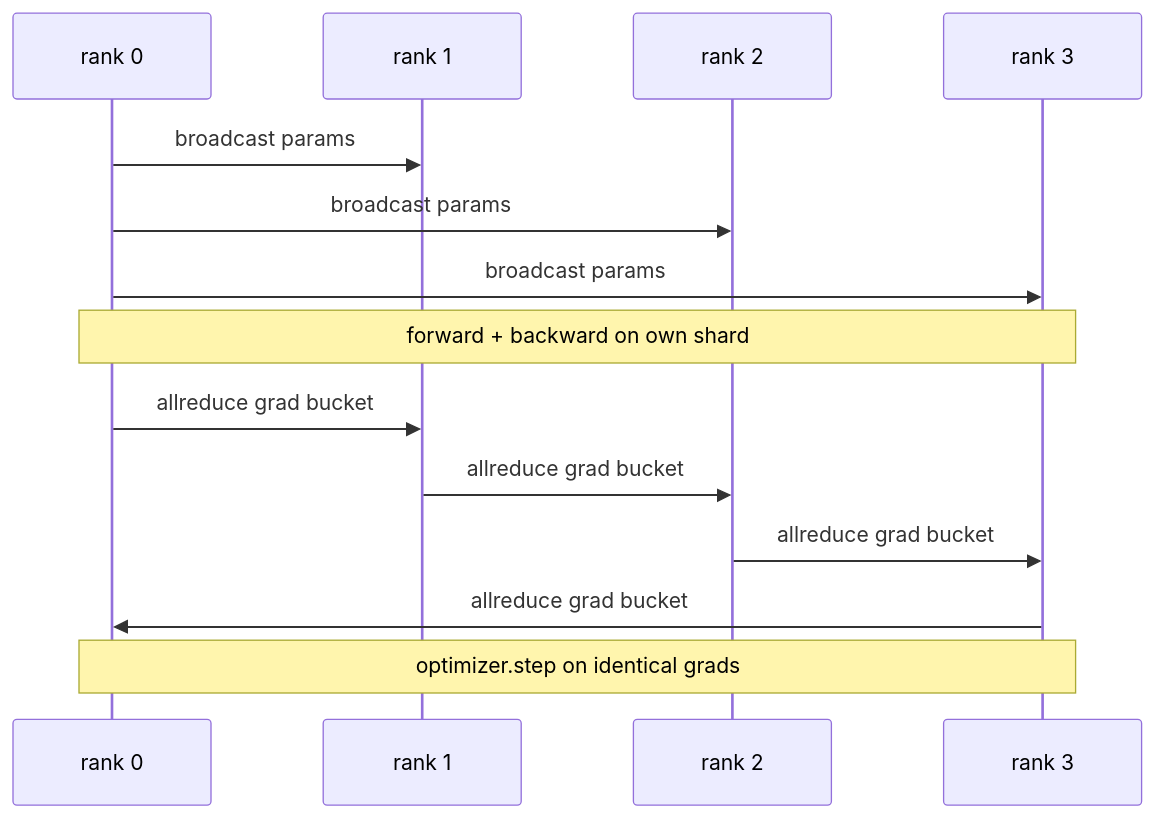
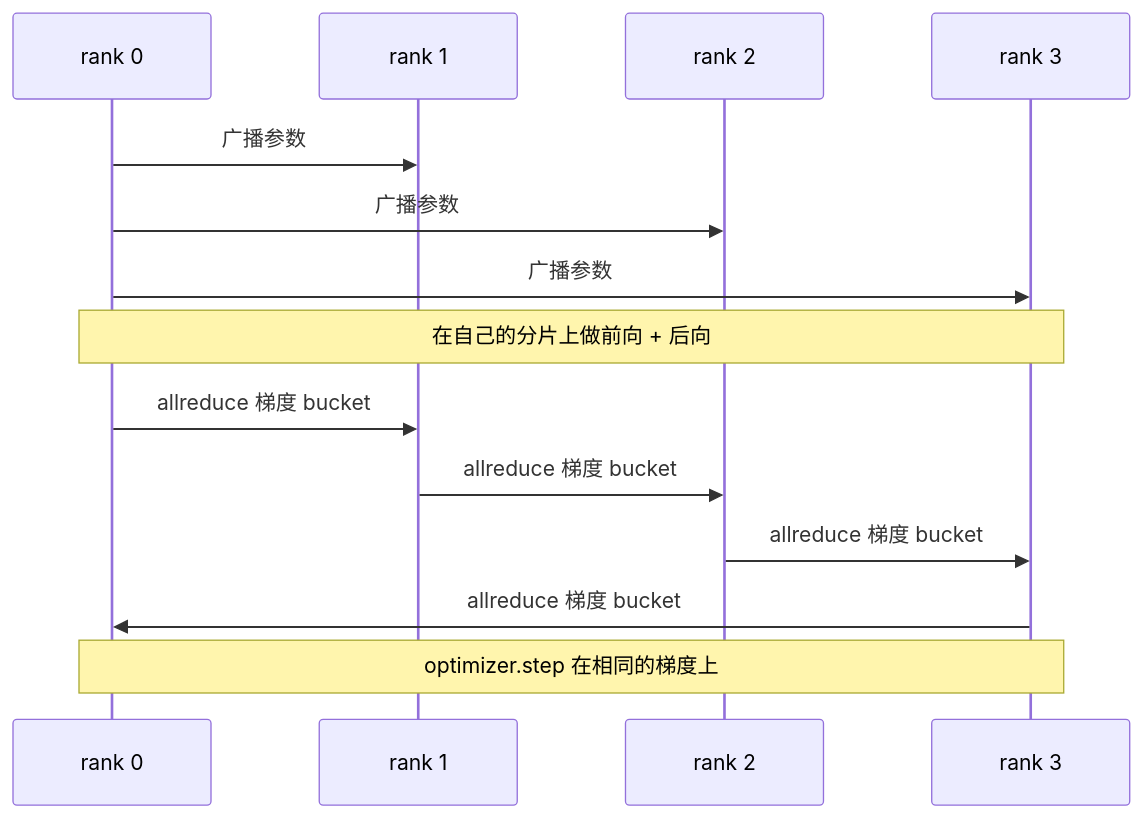
The diagram in lessons/19-capstone-projects/77-data-parallel-ddp/docs/zh.md (guangningsun/ailearning), drawn with Mermaid before and after one commit. The commit also changed other lines of this file and 85 other files, not shown here.

````diff
--- a/lessons/19-capstone-projects/77-data-parallel-ddp/docs/zh.md
+++ b/lessons/19-capstone-projects/77-data-parallel-ddp/docs/zh.md
@@ -25,16 +25,16 @@
 ```mermaid
 sequenceDiagram
   participant R0 as rank 0
   participant R1 as rank 1
   participant R2 as rank 2
   participant R3 as rank 3
-  R0->>R1: broadcast params
-  R0->>R2: broadcast params
-  R0->>R3: broadcast params
-  Note over R0,R3: forward + backward on own shard
-  R0->>R1: allreduce grad bucket
-  R1->>R2: allreduce grad bucket
-  R2->>R3: allreduce grad bucket
-  R3->>R0: allreduce grad bucket
-  Note over R0,R3: optimizer.step on identical grads
+  R0->>R1: 广播参数
+  R0->>R2: 广播参数
+  R0->>R3: 广播参数
+  Note over R0,R3: 在自己的分片上做前向 + 后向
+  R0->>R1: allreduce 梯度 bucket
+  R1->>R2: allreduce 梯度 bucket
+  R2->>R3: allreduce 梯度 bucket
+  R3->>R0: allreduce 梯度 bucket
+  Note over R0,R3: optimizer.step 在相同的梯度上
 ```
````
